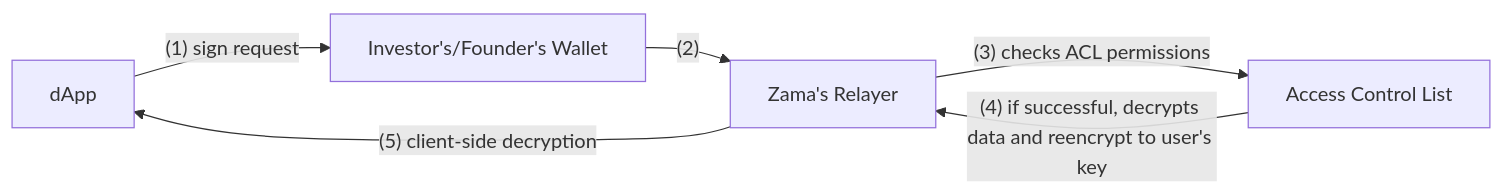
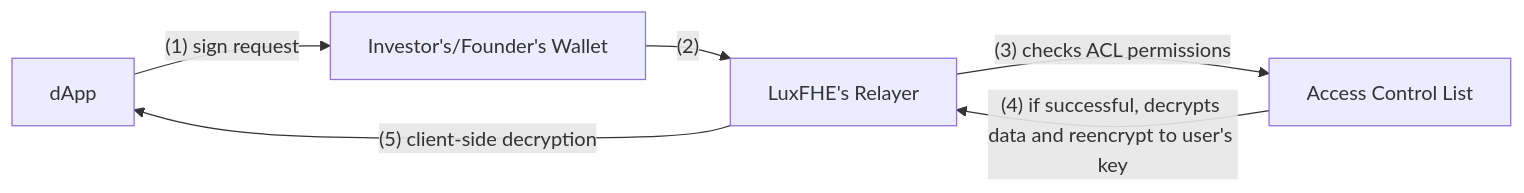
The second of 2 diagrams in README.md (luxfhe/research-ocp-fhe), drawn with Mermaid before and after one commit. The commit also changed other lines of this file and 7 other files, not shown here.

Commit message:
refactor: rebrand to LuxFHE

````diff
--- a/README.md
+++ b/README.md
@@ -66,8 +66,8 @@
 ```mermaid
 flowchart LR
     Dapp["dApp"] -- (1) sign request--> UserWallet["Investor's/Founder's Wallet"]
-    UserWallet -- (2) --> ZamaRelayer["Zama's Relayer"]
-    ZamaRelayer -- (3) checks ACL permissions --> ACL["Access Control List"]
-    ACL["Access Control List"] -- (4) if successful, decrypts data and reencrypt to user's key --> ZamaRelayer
-    ZamaRelayer -- (5) client-side decryption --> Dapp
+    UserWallet -- (2) --> LuxFHERelayer["LuxFHE's Relayer"]
+    LuxFHERelayer -- (3) checks ACL permissions --> ACL["Access Control List"]
+    ACL["Access Control List"] -- (4) if successful, decrypts data and reencrypt to user's key --> LuxFHERelayer
+    LuxFHERelayer -- (5) client-side decryption --> Dapp
 ```
````
